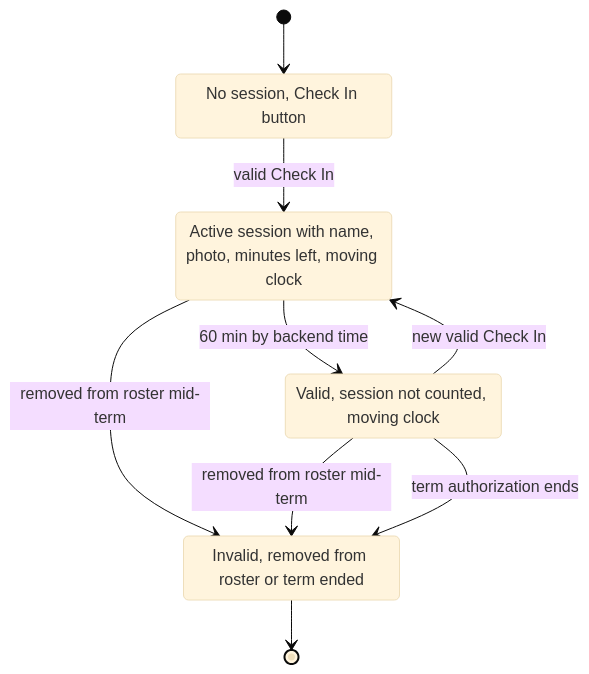
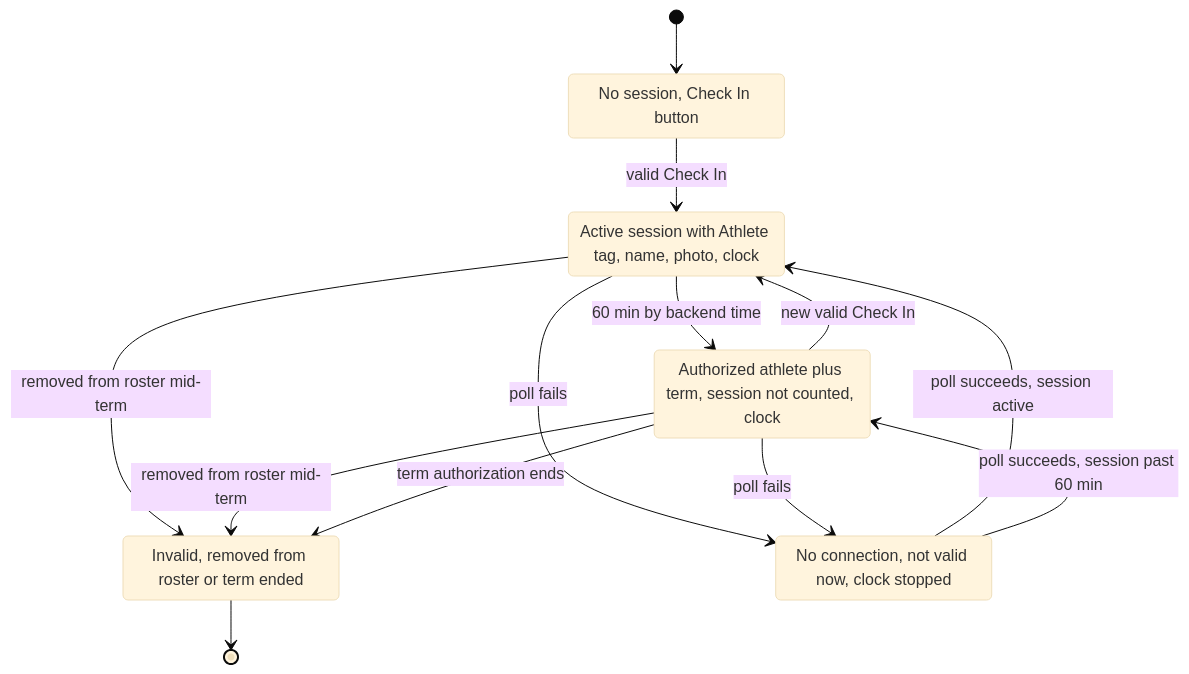
One commit to Th3-Minorities/natatorio-gym-app changed the seventh of 11 diagrams in docs/design/check-in-flows.md. Above: the diagram before and after it, drawn with Mermaid (base theme). The commit also changed other lines of this file, not shown here.

Commit message:
Apply the design review decisions to the Check In flows

````diff
--- a/docs/design/check-in-flows.md
+++ b/docs/design/check-in-flows.md
@@ -227,16 +230,21 @@
 ```mermaid
 stateDiagram-v2
   state "No session, Check In button" as a_none
-  state "Active session with name, photo, minutes left, moving clock" as a_active
-  state "Valid, session not counted, moving clock" as a_valid
+  state "Active session with Athlete tag, name, photo, clock" as a_active
+  state "Authorized athlete plus term, session not counted, clock" as a_valid
   state "Invalid, removed from roster or term ended" as a_invalid
+  state "No connection, not valid now, clock stopped" as a_offline
 
   [*] --> a_none
   a_none --> a_active : valid Check In
   a_active --> a_valid : 60 min by backend time
   a_valid --> a_active : new valid Check In
+  a_active --> a_offline : poll fails
+  a_valid --> a_offline : poll fails
+  a_offline --> a_active : poll succeeds, session active
+  a_offline --> a_valid : poll succeeds, session past 60 min
   a_active --> a_invalid : removed from roster mid-term
   a_valid --> a_invalid : removed from roster mid-term
   a_valid --> a_invalid : term authorization ends
   a_invalid --> [*]
 ```
````
